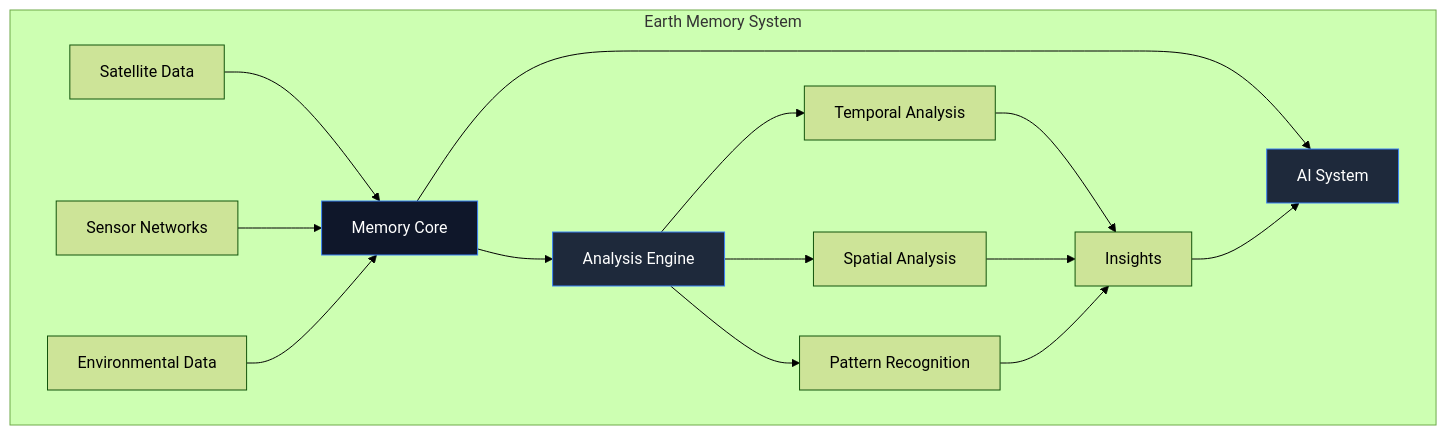
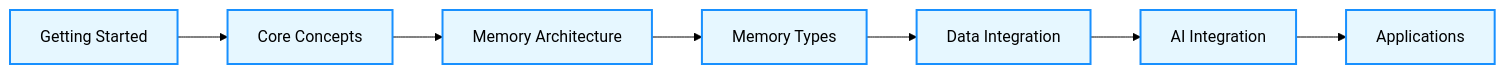
The diagram in docs/source/index.rst (Vortx-AI/memories-dev), drawn with Mermaid (forest theme) before and after one commit. The commit also changed other lines of this file and 2 other files, not shown here.

```diff
--- a/docs/source/index.rst
+++ b/docs/source/index.rst
@@ -28,20 +213,17 @@
-       .. mermaid::
+.. mermaid::
 
-          graph TB
-              subgraph "Earth Memory System"
-                  A[Satellite Data] --> D[Memory Core]
-                  B[Sensor Networks] --> D
-                  C[Environmental Data] --> D
-                  D --> E[AI System]
-                  D --> F[Analysis Engine]
-                  F --> G[Temporal Analysis]
-                  F --> H[Spatial Analysis]
-                  F --> I[Pattern Recognition]
-                  G --> J[Insights]
-                  H --> J
-                  I --> J
-                  J --> E
-              end
-              style D fill:#0f172a,stroke:#3b82f6,color:#fff
-              style E fill:#1e293b,stroke:#3b82f6,color:#fff
-              style F fill:#1e293b,stroke:#3b82f6,color:#fff
+   flowchart LR
+      A[Getting Started] --> B[Core Concepts]
+      B --> C[Memory Architecture]
+      C --> D[Memory Types]
+      D --> E[Data Integration]
+      E --> F[AI Integration]
+      F --> G[Applications]
+      
+      style A fill:#e6f7ff,stroke:#1890ff,stroke-width:2px
+      style B fill:#e6f7ff,stroke:#1890ff,stroke-width:2px
+      style C fill:#e6f7ff,stroke:#1890ff,stroke-width:2px
+      style D fill:#e6f7ff,stroke:#1890ff,stroke-width:2px
+      style E fill:#e6f7ff,stroke:#1890ff,stroke-width:2px
+      style F fill:#e6f7ff,stroke:#1890ff,stroke-width:2px
+      style G fill:#e6f7ff,stroke:#1890ff,stroke-width:2px
```
